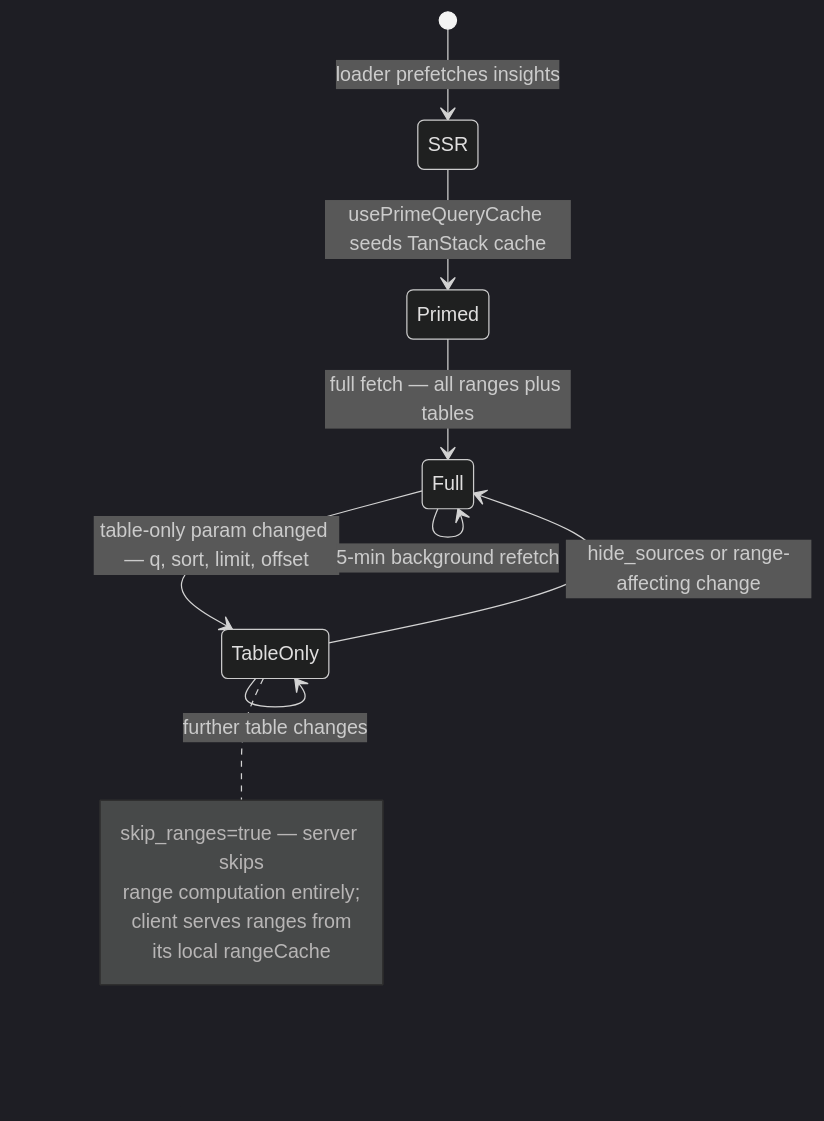
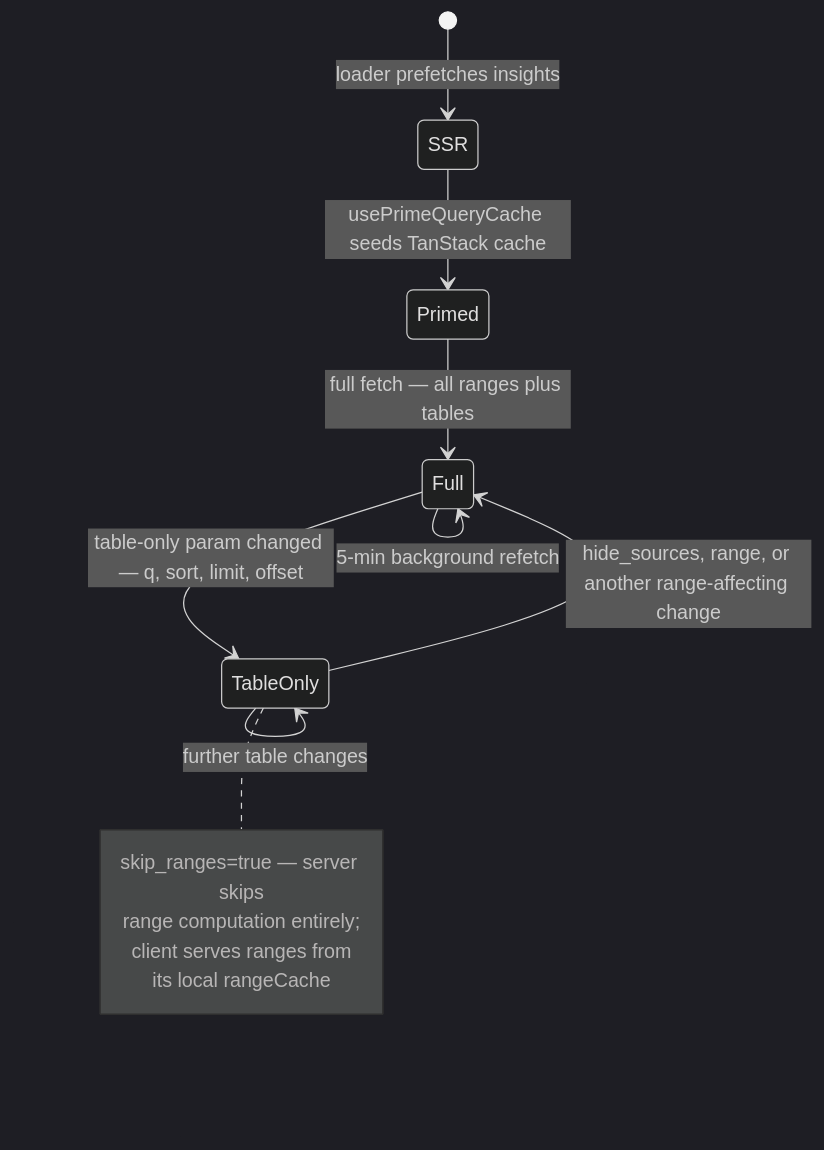
One commit to astropods/astro-cli changed the fifth of 5 diagrams in docs/03-architecture/insights.md. Above: the diagram before and after it, drawn with Mermaid (dark theme). The commit also changed other lines of this file and 46 other files, not shown here.

````diff
--- a/docs/03-architecture/insights.md
+++ b/docs/03-architecture/insights.md
@@ -302,18 +248,18 @@
 ```mermaid
 stateDiagram-v2
   [*] --> SSR: loader prefetches insights
   SSR --> Primed: usePrimeQueryCache seeds TanStack cache
   Primed --> Full: full fetch — all ranges plus tables
 
   Full --> TableOnly: table-only param changed — q, sort, limit, offset
   TableOnly --> TableOnly: further table changes
-  TableOnly --> Full: hide_sources or range-affecting change
+  TableOnly --> Full: hide_sources, range, or another range-affecting change
   Full --> Full: 5-min background refetch
 
   note right of TableOnly
     skip_ranges=true — server skips
     range computation entirely;
     client serves ranges from
     its local rangeCache
   end note
 ```
````
